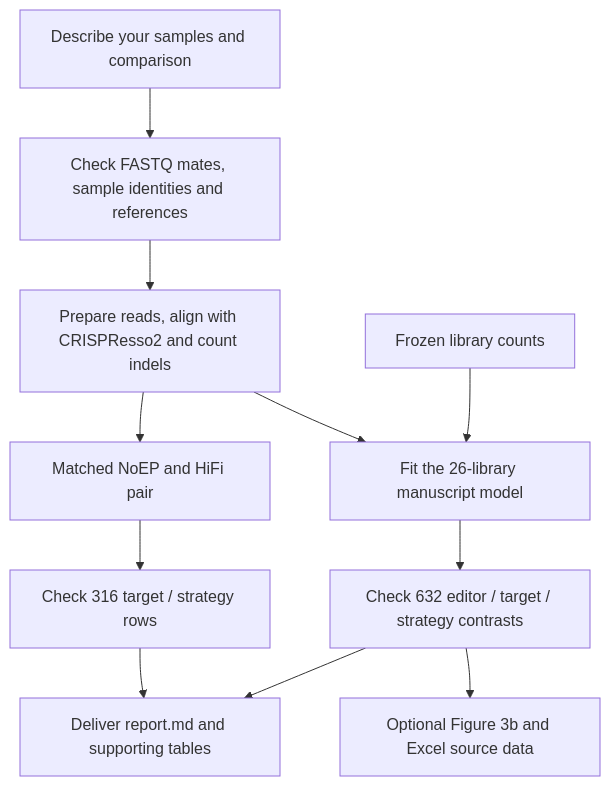
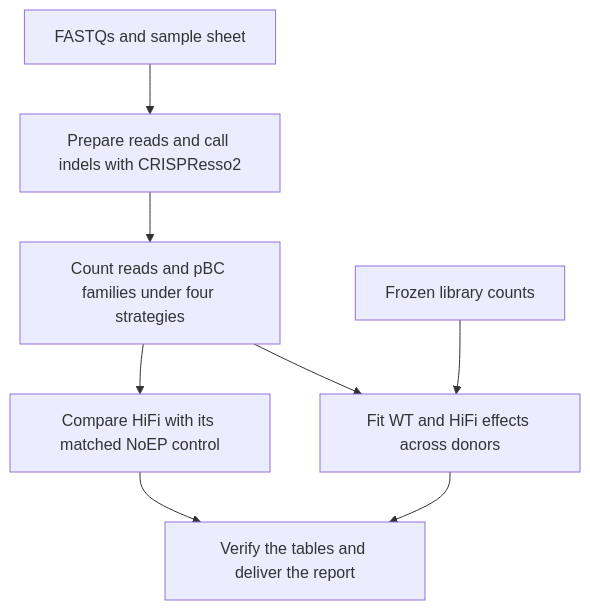
Before and after one commit to JasonLinjc/ABSOLVE-seq-agent: the diagram in README.md, drawn with Mermaid. The commit also changed other lines of this file, not shown here.

Commit message:
Clarify the FASTQ-to-report workflow and add README navigation icons

````diff
--- a/README.md
+++ b/README.md
@@ -73,13 +75,10 @@
 ```mermaid
 flowchart TD
-    request["Describe your samples and comparison"] --> inputs["Check FASTQ mates, sample identities and references"]
-    inputs --> reads["Prepare reads, align with CRISPResso2 and count indels"]
-    reads --> pair["Matched NoEP and HiFi pair"]
-    reads --> model["Fit the 26-library manuscript model"]
-    frozen["Frozen library counts"] --> model
-    pair --> paired["Check 316 target / strategy rows"]
-    model --> panel["Check 632 editor / target / strategy contrasts"]
-    paired --> report["Deliver report.md and supporting tables"]
+    reads["FASTQs and sample sheet"] --> align["Prepare reads and call indels with CRISPResso2"]
+    align --> counts["Count reads and pBC families under four strategies"]
+    counts --> pair["Compare HiFi with its matched NoEP control"]
+    counts --> panel["Fit WT and HiFi effects across donors"]
+    frozen["Frozen library counts"] --> panel
+    pair --> report["Verify the tables and deliver the report"]
     panel --> report
-    panel --> figure["Optional Figure 3b and Excel source data"]
 ```
````
